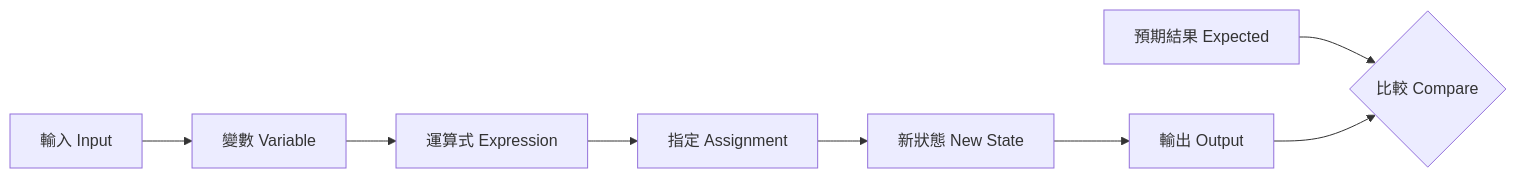
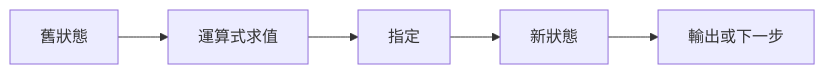
One commit to inred329/summer_pre_course_2026 changed the diagram in materials/preparatory/unit-02-data-state.zh-TW.md. Above: the diagram before and after it, drawn with Mermaid. The commit also changed other lines of this file and 61 other files, not shown here.

````diff
--- a/materials/preparatory/unit-02-data-state.zh-TW.md
+++ b/materials/preparatory/unit-02-data-state.zh-TW.md
@@ -80,10 +82,7 @@
 ```mermaid
 flowchart LR
-    I[輸入 Input] --> V[變數 Variable]
-    V --> E[運算式 Expression]
-    E --> A[指定 Assignment]
-    A --> S[新狀態 New State]
-    S --> O[輸出 Output]
-    X[預期結果 Expected] --> C{比較 Compare}
-    O --> C
+    O[舊狀態] --> E[運算式求值]
+    E --> A[指定]
+    A --> N[新狀態]
+    N --> P[輸出或下一步]
 ```
````
